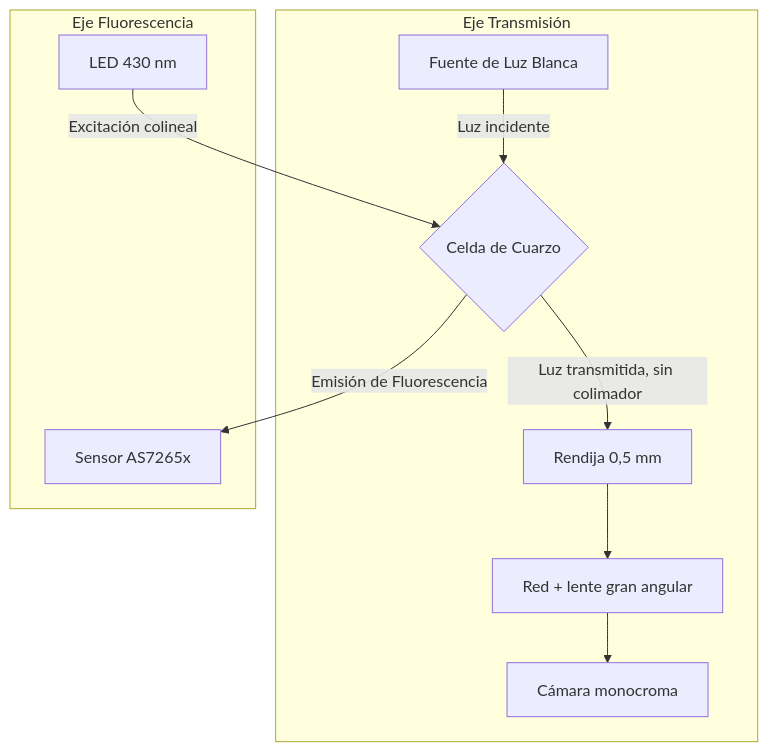
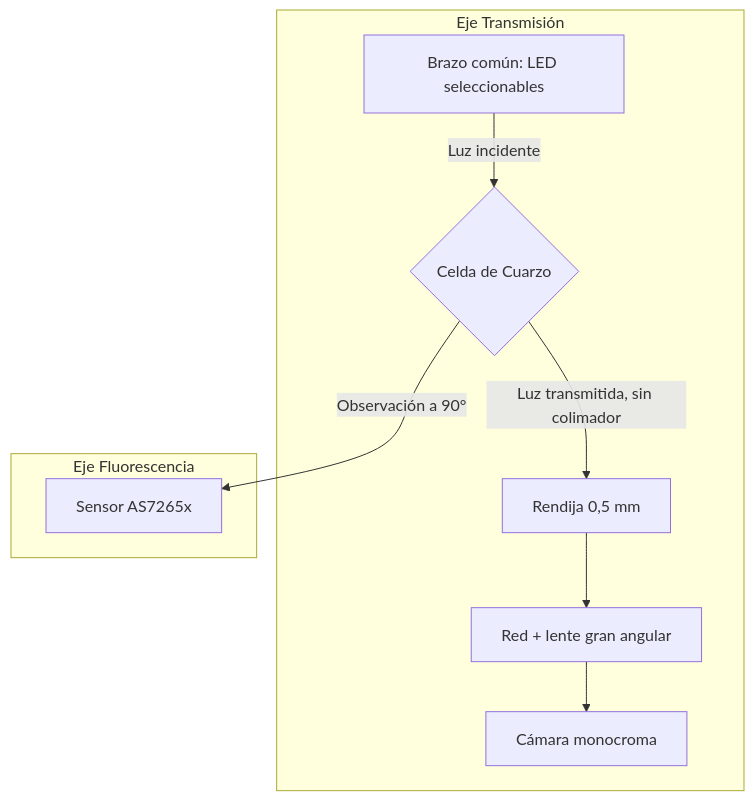
One commit to alexmanuel27/Cruz_prototipe changed the diagram in docs/DISENO_OPTICO.md. Above: the diagram before and after it, drawn with Mermaid. The commit also changed other lines of this file and 10 other files, not shown here.

````diff
--- a/docs/DISENO_OPTICO.md
+++ b/docs/DISENO_OPTICO.md
@@ -21,14 +23,13 @@
 ```mermaid
 flowchart TD
     subgraph Eje Transmisión
-    A[Fuente de Luz Blanca] -->|Luz incidente| C{Celda de Cuarzo}
+    A[Brazo común: LED seleccionables] -->|Luz incidente| C{Celda de Cuarzo}
     C -->|Luz transmitida, sin colimador| B[Rendija 0,5 mm]
     B --> G[Red + lente gran angular]
     G --> D[Cámara monocroma]
     end
 
     subgraph Eje Fluorescencia
-    E[LED 430 nm] -->|Excitación colineal| C
-    C -->|Emisión de Fluorescencia| F[Sensor AS7265x]
+    C -->|Observación a 90°| F[Sensor AS7265x]
     end
 ```
````
